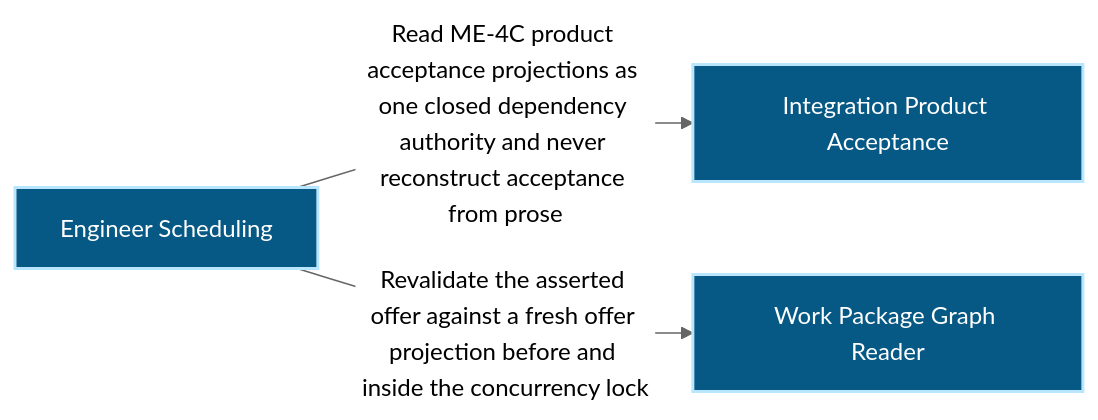
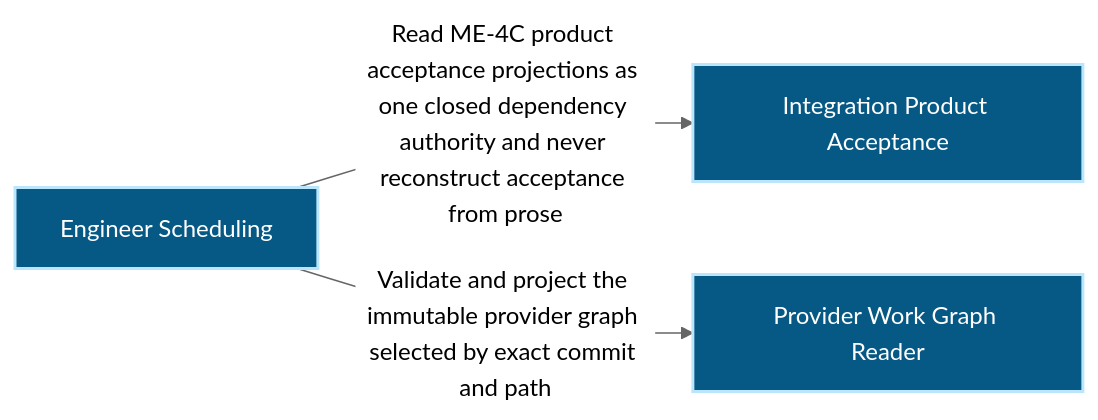
One commit to Ancienttwo/repo-harness changed the first of 2 diagrams in docs/architecture/modules/runtime-harness/engineer-scheduling.md. Above: the diagram before and after it, drawn with Mermaid (neutral theme). The commit also changed other lines of this file and 27 other files, not shown here.

First line of the commit message:
chore(projection): refresh generated architecture outputs for main@bbf18043e43e

````diff
--- a/docs/architecture/modules/runtime-harness/engineer-scheduling.md
+++ b/docs/architecture/modules/runtime-harness/engineer-scheduling.md
@@ -16,12 +16,12 @@
 ```mermaid
 flowchart LR
   p1_capability_runtime_harness_engineer_scheduling_022bd8e0["Engineer Scheduling"]:::component
   p1_capability_runtime_harness_integration_acceptance_8c7dd2d3["Integration Product Acceptance"]:::component
-  p1_component_engineer_scheduling_primary_1e5aff8c["Work Package Graph Reader"]:::component
+  p1_component_engineer_scheduling_primary_1e5aff8c["Provider Work Graph Reader"]:::component
   p1_capability_runtime_harness_engineer_scheduling_022bd8e0 -->|"Read ME-4C product acceptance projections as one closed dependency authority and never reconstruct acceptance from prose"| p1_capability_runtime_harness_integration_acceptance_8c7dd2d3
-  p1_capability_runtime_harness_engineer_scheduling_022bd8e0 -->|"Revalidate the asserted offer against a fresh offer projection before and inside the concurrency lock"| p1_component_engineer_scheduling_primary_1e5aff8c
+  p1_capability_runtime_harness_engineer_scheduling_022bd8e0 -->|"Validate and project the immutable provider graph selected by exact commit and path"| p1_component_engineer_scheduling_primary_1e5aff8c
   classDef actor fill:#111827,color:#ffffff,stroke:#f9fafb,stroke-width:2px
   classDef component fill:#075985,color:#ffffff,stroke:#bae6fd,stroke-width:2px
   classDef datastore fill:#3f6212,color:#ffffff,stroke:#d9f99d,stroke-width:2px
   classDef external fill:#7c2d12,color:#ffffff,stroke:#fed7aa,stroke-width:2px
 ```
````
